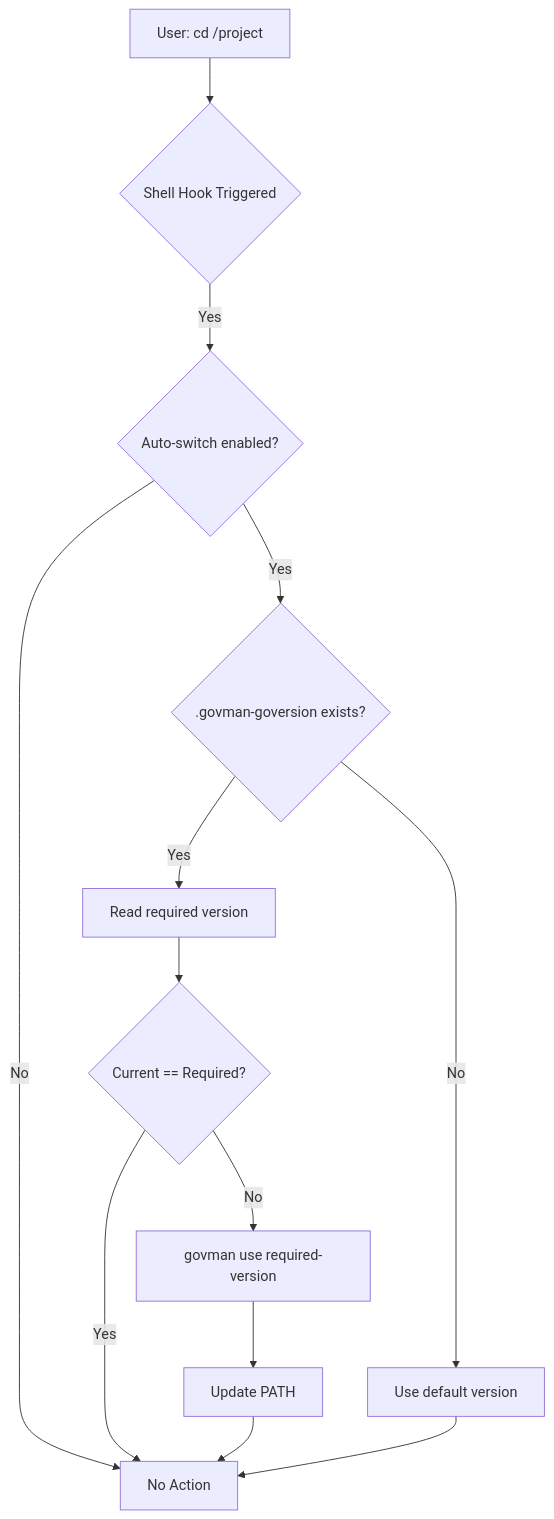
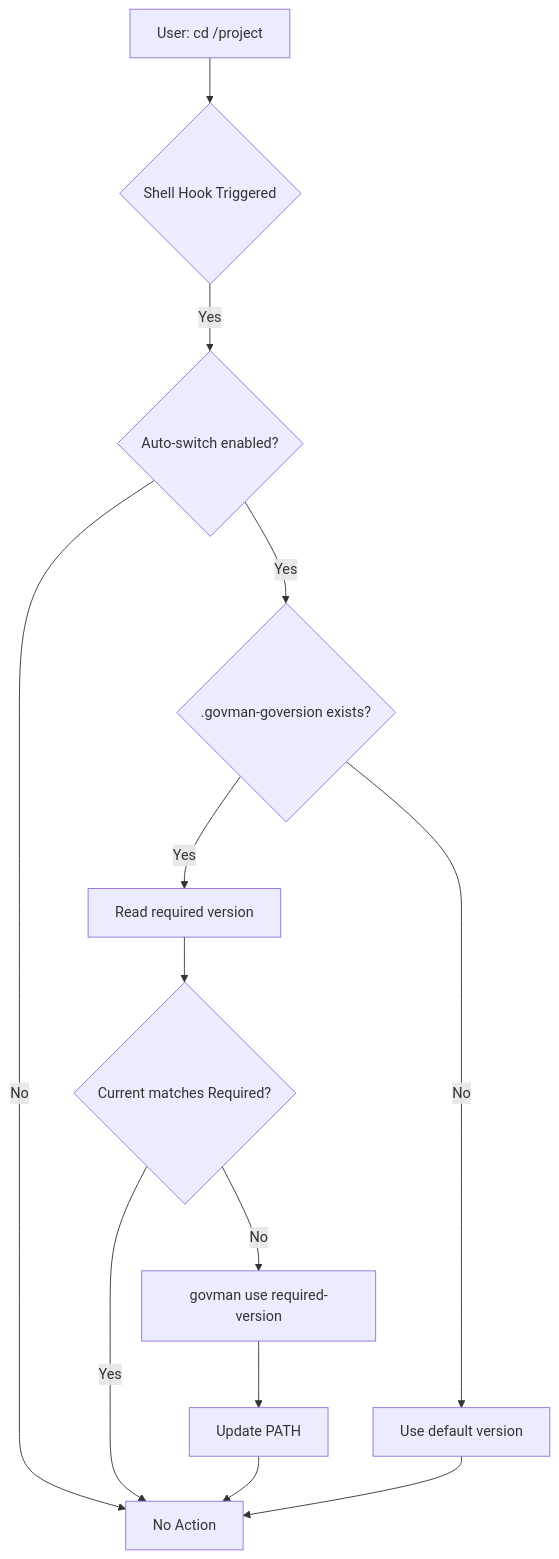
One commit to justjundana/govman changed the fourth of 13 diagrams in docs/architecture-diagrams.md. Above: the diagram before and after it, drawn with Mermaid. The commit also changed 6 other files, not shown here.

````diff
--- a/docs/architecture-diagrams.md
+++ b/docs/architecture-diagrams.md
@@ -88,15 +88,15 @@
 ```mermaid
 flowchart TD
     Start[User: cd /project] --> Hook{Shell Hook Triggered}
     Hook -->|Yes| CheckConfig{Auto-switch enabled?}
     CheckConfig -->|No| End[No Action]
     CheckConfig -->|Yes| CheckFile{.govman-goversion exists?}
     CheckFile -->|No| UseDefault[Use default version]
     CheckFile -->|Yes| ReadFile[Read required version]
-    ReadFile --> CheckCurrent{Current == Required?}
+    ReadFile --> CheckCurrent{Current matches Required?}
     CheckCurrent -->|Yes| End
     CheckCurrent -->|No| Switch[govman use required-version]
     Switch --> UpdatePATH[Update PATH]
     UpdatePATH --> End
     UseDefault --> End
 ```
````
